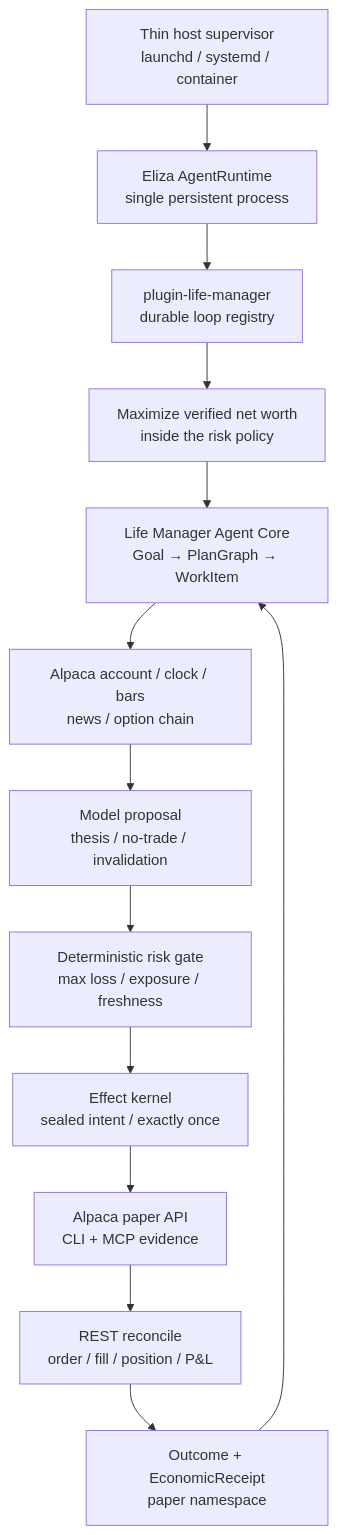
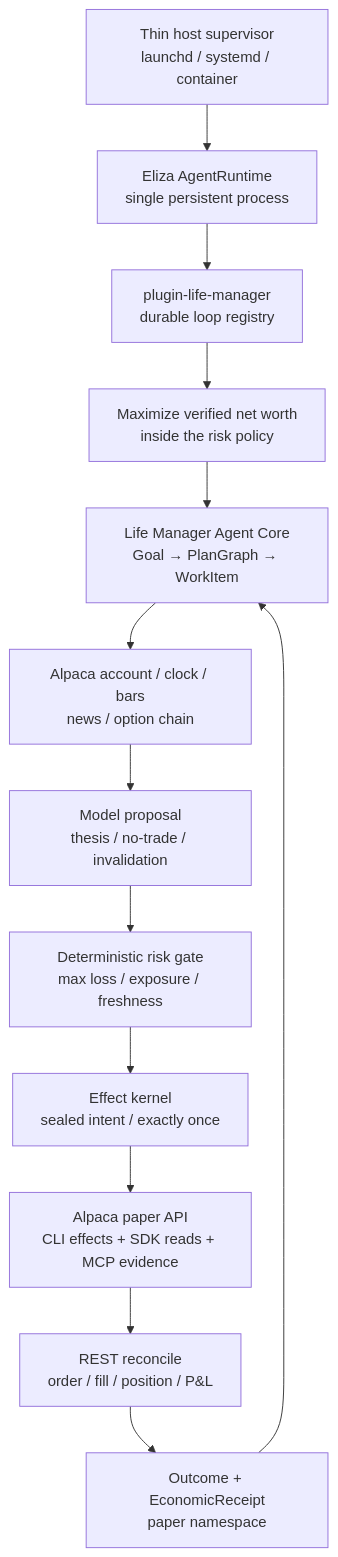
The first of 2 diagrams in docs/superpowers/specs/2026-09-01-alpaca-money-maximizer-design.md (Daisuke134/anicca), drawn with Mermaid before and after one commit. The commit also changed other lines of this file, not shown here.

Commit message:
docs: allow read-only Alpaca SDK data plane

````diff
--- a/docs/superpowers/specs/2026-09-01-alpaca-money-maximizer-design.md
+++ b/docs/superpowers/specs/2026-09-01-alpaca-money-maximizer-design.md
@@ -46,15 +46,15 @@
 ```mermaid
 flowchart TD
     HOST["Thin host supervisor<br/>launchd / systemd / container"] --> RUNTIME["Eliza AgentRuntime<br/>single persistent process"]
     RUNTIME --> REGISTRY["plugin-life-manager<br/>durable loop registry"]
     REGISTRY --> GOAL
     GOAL["Maximize verified net worth<br/>inside the risk policy"] --> CORE["Life Manager Agent Core<br/>Goal → PlanGraph → WorkItem"]
     CORE --> OBS["Alpaca account / clock / bars<br/>news / option chain"]
     OBS --> MODEL["Model proposal<br/>thesis / no-trade / invalidation"]
     MODEL --> GATE["Deterministic risk gate<br/>max loss / exposure / freshness"]
     GATE --> EFFECT["Effect kernel<br/>sealed intent / exactly once"]
-    EFFECT --> ALPACA["Alpaca paper API<br/>CLI + MCP evidence"]
+    EFFECT --> ALPACA["Alpaca paper API<br/>CLI effects + SDK reads + MCP evidence"]
     ALPACA --> RECON["REST reconcile<br/>order / fill / position / P&L"]
     RECON --> RECEIPT["Outcome + EconomicReceipt<br/>paper namespace"]
     RECEIPT --> CORE
 ```
````
